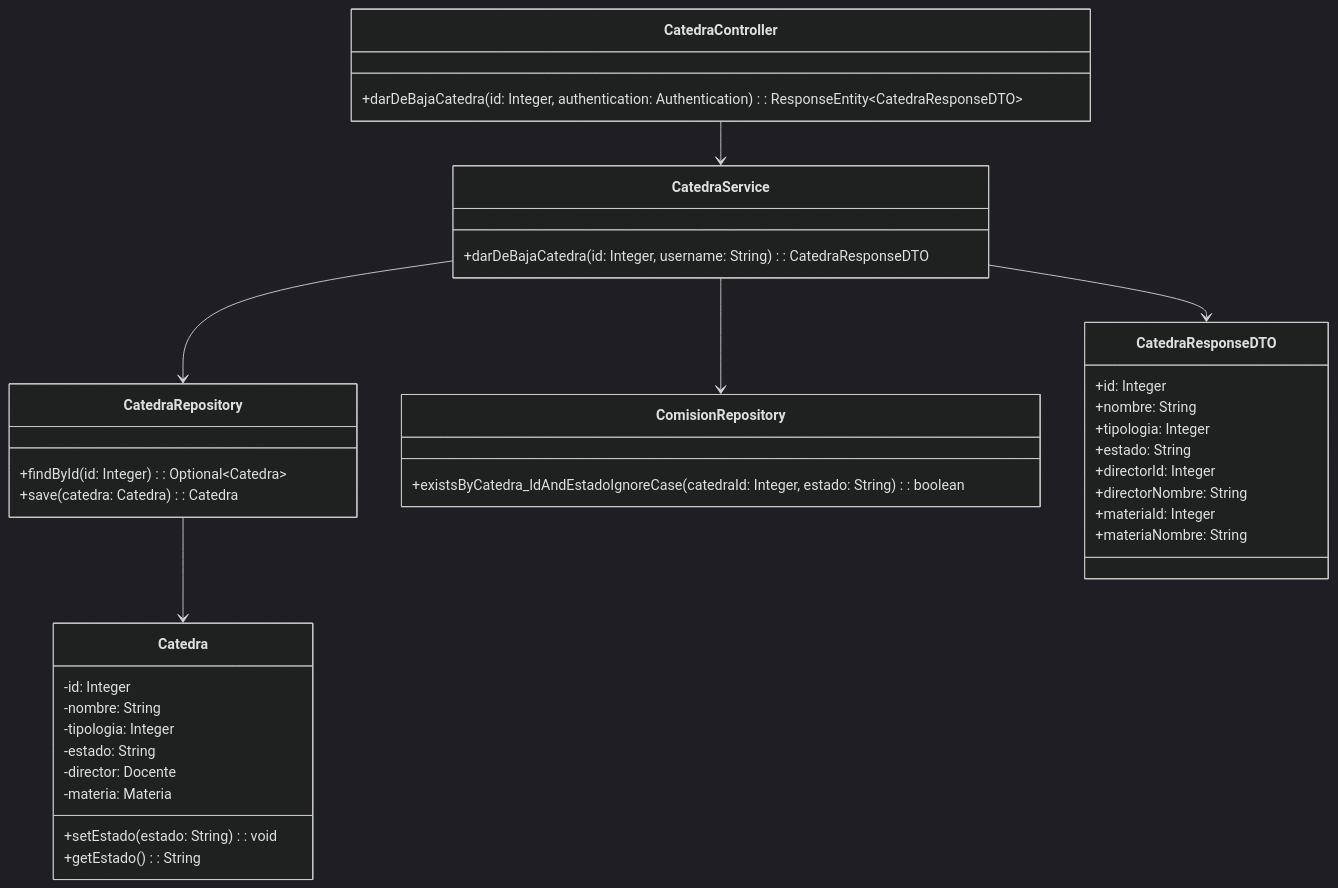
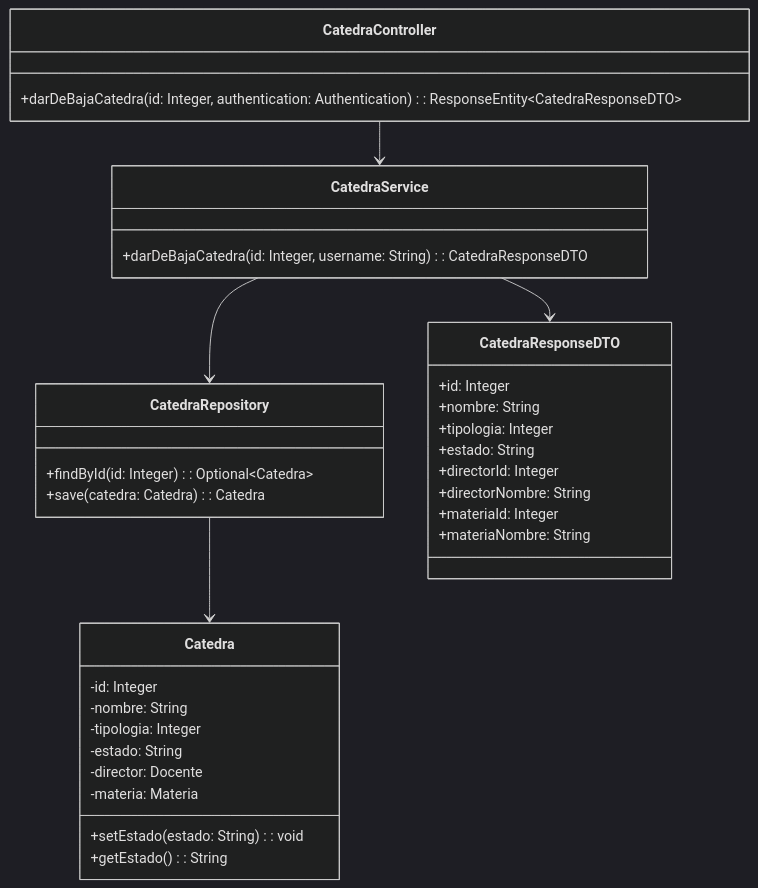
One commit to Melissa-Ann-Giuliani/atlas-backend changed the third of 3 diagrams in .tasks/RF-23/solution-diagrams.md. Above: the diagram before and after it, drawn with Mermaid (dark theme). The commit also changed other lines of this file and 7 other files, not shown here.

````diff
--- a/.tasks/RF-23/solution-diagrams.md
+++ b/.tasks/RF-23/solution-diagrams.md
@@ -116,47 +102,42 @@
 ```mermaid
 classDiagram
     class CatedraController {
         +darDeBajaCatedra(id: Integer, authentication: Authentication): ResponseEntity~CatedraResponseDTO~
     }
 
     class CatedraService {
         +darDeBajaCatedra(id: Integer, username: String): CatedraResponseDTO
     }
 
     class CatedraRepository {
         +findById(id: Integer): Optional~Catedra~
         +save(catedra: Catedra): Catedra
     }
 
     class Catedra {
         -id: Integer
         -nombre: String
         -tipologia: Integer
         -estado: String
         -director: Docente
         -materia: Materia
         +setEstado(estado: String): void
         +getEstado(): String
     }
 
-    class ComisionRepository {
-        +existsByCatedra_IdAndEstadoIgnoreCase(catedraId: Integer, estado: String): boolean
-    }
-
     class CatedraResponseDTO {
         +id: Integer
         +nombre: String
         +tipologia: Integer
         +estado: String
         +directorId: Integer
         +directorNombre: String
         +materiaId: Integer
         +materiaNombre: String
     }
 
     CatedraController --> CatedraService
     CatedraService --> CatedraRepository
-    CatedraService --> ComisionRepository
     CatedraService --> CatedraResponseDTO
     CatedraRepository --> Catedra
 ```
````
